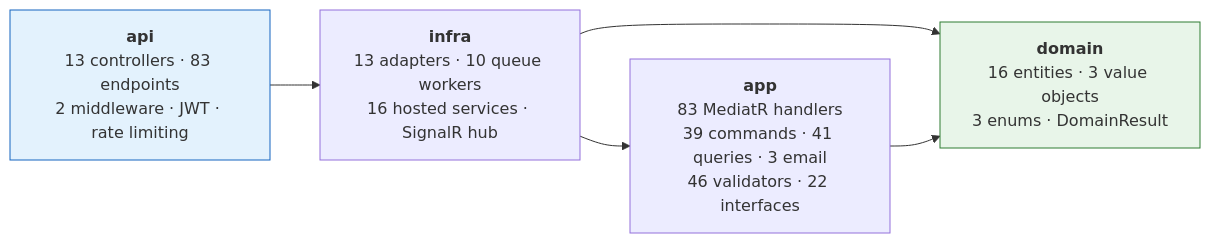
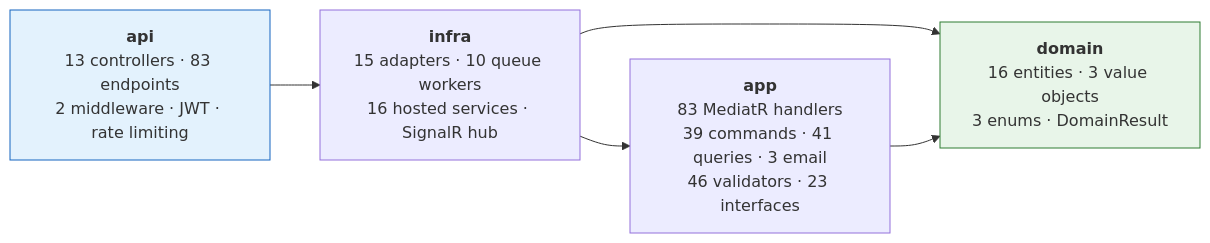
Before and after one commit to Datnguynx110605/Bump_Server: the diagram in doc/project-overview.md, drawn with Mermaid. The commit also changed other lines of this file and 5 other files, not shown here.

````diff
--- a/doc/project-overview.md
+++ b/doc/project-overview.md
@@ -96,15 +109,15 @@
 ```mermaid
 graph LR
     api["<b>api</b><br/>13 controllers · 83 endpoints<br/>2 middleware · JWT · rate limiting"]
-    infra["<b>infra</b><br/>13 adapters · 10 queue workers<br/>16 hosted services · SignalR hub"]
-    app["<b>app</b><br/>83 MediatR handlers<br/>39 commands · 41 queries · 3 email<br/>46 validators · 22 interfaces"]
+    infra["<b>infra</b><br/>15 adapters · 10 queue workers<br/>16 hosted services · SignalR hub"]
+    app["<b>app</b><br/>83 MediatR handlers<br/>39 commands · 41 queries · 3 email<br/>46 validators · 23 interfaces"]
     domain["<b>domain</b><br/>16 entities · 3 value objects<br/>3 enums · DomainResult"]
 
     api --> infra
     infra --> app
     infra --> domain
     app --> domain
 
     style domain fill:#e8f5e9,stroke:#2e7d32
     style api fill:#e3f2fd,stroke:#1565c0
 ```
````
